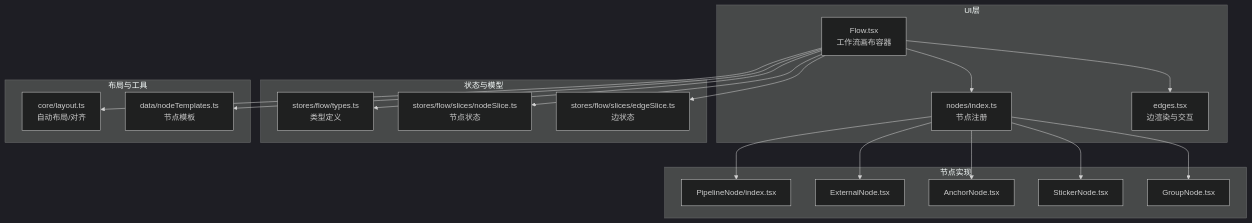
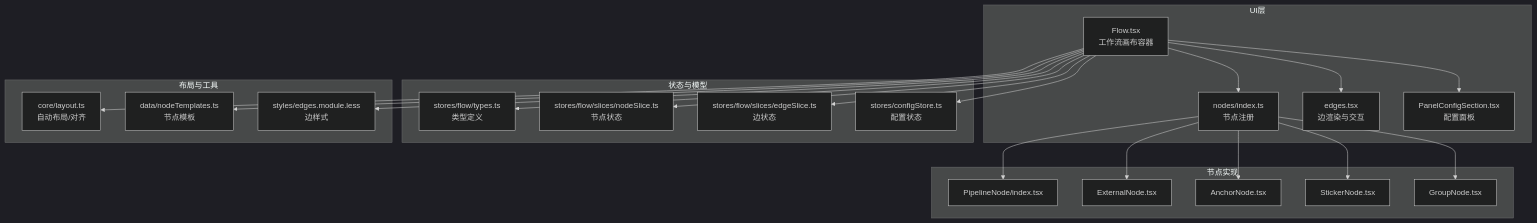
The first of 10 diagrams in .qoder/repowiki/zh/content/工作流编辑器/工作流编辑器.md (kqcoxn/MaaPipelineEditor), drawn with Mermaid (dark theme) before and after one commit. The commit also changed other lines of this file and 3 other files, not shown here.

````diff
--- a/.qoder/repowiki/zh/content/工作流编辑器/工作流编辑器.md
+++ b/.qoder/repowiki/zh/content/工作流编辑器/工作流编辑器.md
@@ -39,36 +51,42 @@
 ```mermaid
 graph TB
 subgraph "UI层"
 Flow["Flow.tsx<br/>工作流画布容器"]
 Nodes["nodes/index.ts<br/>节点注册"]
 Edges["edges.tsx<br/>边渲染与交互"]
+ConfigPanel["PanelConfigSection.tsx<br/>配置面板"]
 end
 subgraph "节点实现"
 PN["PipelineNode/index.tsx"]
 EN["ExternalNode.tsx"]
 AN["AnchorNode.tsx"]
 SN["StickerNode.tsx"]
 GN["GroupNode.tsx"]
 end
 subgraph "状态与模型"
 Types["stores/flow/types.ts<br/>类型定义"]
 NSlice["stores/flow/slices/nodeSlice.ts<br/>节点状态"]
 ESlice["stores/flow/slices/edgeSlice.ts<br/>边状态"]
+ConfigStore["stores/configStore.ts<br/>配置状态"]
 end
 subgraph "布局与工具"
 Layout["core/layout.ts<br/>自动布局/对齐"]
 Templates["data/nodeTemplates.ts<br/>节点模板"]
+Styles["styles/edges.module.less<br/>边样式"]
 end
 Flow --> Nodes
 Flow --> Edges
+Flow --> ConfigPanel
 Nodes --> PN
 Nodes --> EN
 Nodes --> AN
 Nodes --> SN
 Nodes --> GN
 Flow --> Types
 Flow --> NSlice
 Flow --> ESlice
+Flow --> ConfigStore
 Flow --> Layout
 Flow --> Templates
+Flow --> Styles
 ```
````
